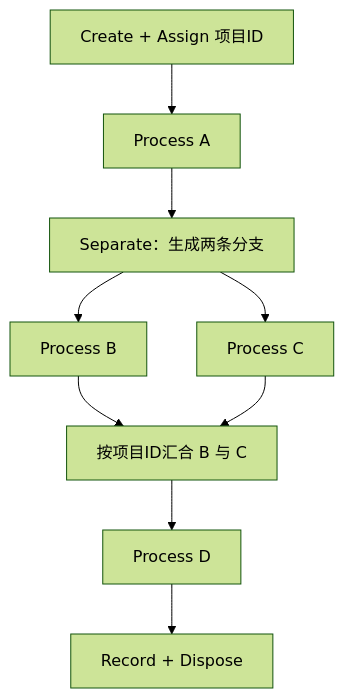
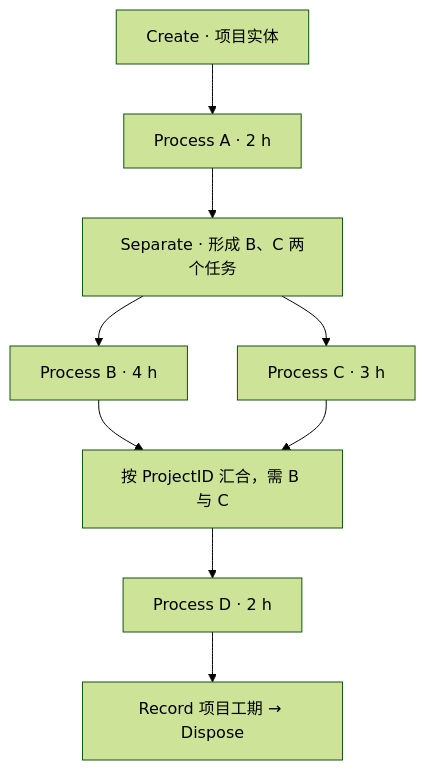
The second of 2 diagrams in notes/03-arena-project-process.md (ZeyuYu713/system-simulation-learning), drawn with Mermaid (forest theme) before and after one commit. The commit also changed other lines of this file, not shown here.

Commit message:
Rewrite Arena project-process chapter with full CPM, resource and fork-join derivations

````diff
--- a/notes/03-arena-project-process.md
+++ b/notes/03-arena-project-process.md
@@ -90,11 +367,11 @@
 ```mermaid
 flowchart TD
-  A["Create + Assign 项目ID"] --> B["Process A"]
-  B --> C["Separate：生成两条分支"]
-  C --> D["Process B"]
-  C --> E["Process C"]
-  D --> F["按项目ID汇合 B 与 C"]
-  E --> F
-  F --> G["Process D"]
-  G --> H["Record + Dispose"]
+  C["Create · 项目实体"] --> A["Process A · 2 h"]
+  A --> S["Separate · 形成 B、C 两个任务"]
+  S --> B["Process B · 4 h"]
+  S --> D["Process C · 3 h"]
+  B --> J["按 ProjectID 汇合，需 B 与 C"]
+  D --> J
+  J --> E["Process D · 2 h"]
+  E --> R["Record 项目工期 → Dispose"]
 ```
````
